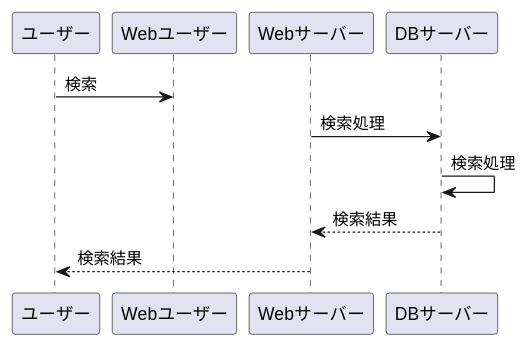
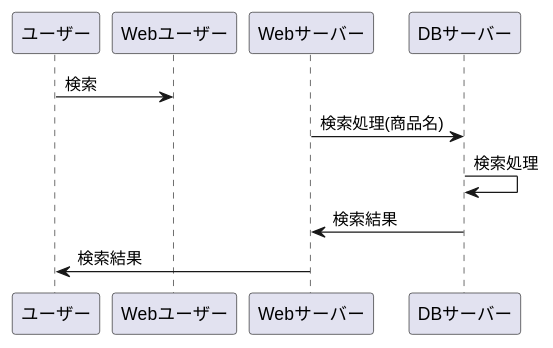
The diagram in aso.md (Aso2001014/2021sys-design), drawn with PlantUML before and after one commit.

````diff
--- a/aso.md
+++ b/aso.md
@@ -1,9 +1,9 @@
 ```uml
 @startuml
 ユーザー -> Webユーザー : 検索
-Webサーバー -> DBサーバー : 検索処理
+Webサーバー -> DBサーバー : 検索処理(商品名)
 DBサーバー -> DBサーバー : 検索処理
-DBサーバー -->Webサーバー : 検索結果
-Webサーバー --> ユーザー : 検索結果
+DBサーバー ->Webサーバー : 検索結果
+Webサーバー -> ユーザー : 検索結果
 @enduml
 ```
````
